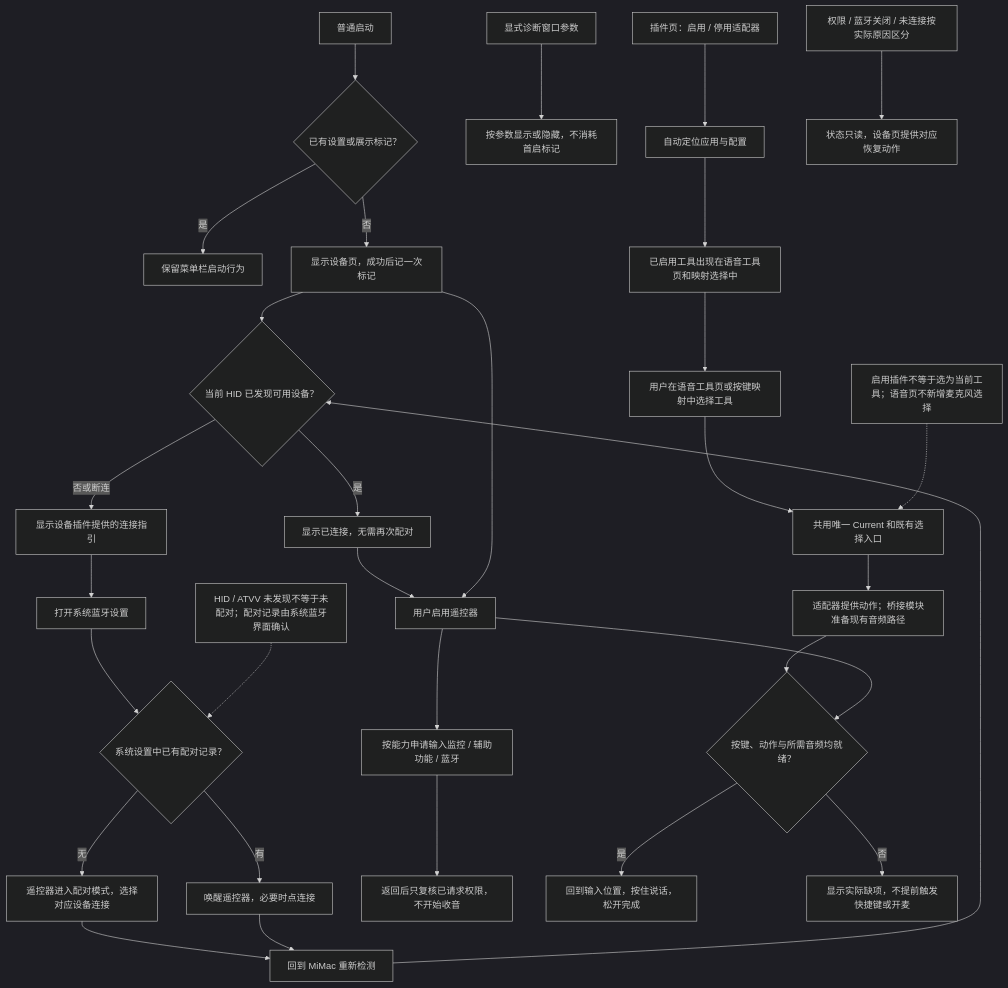
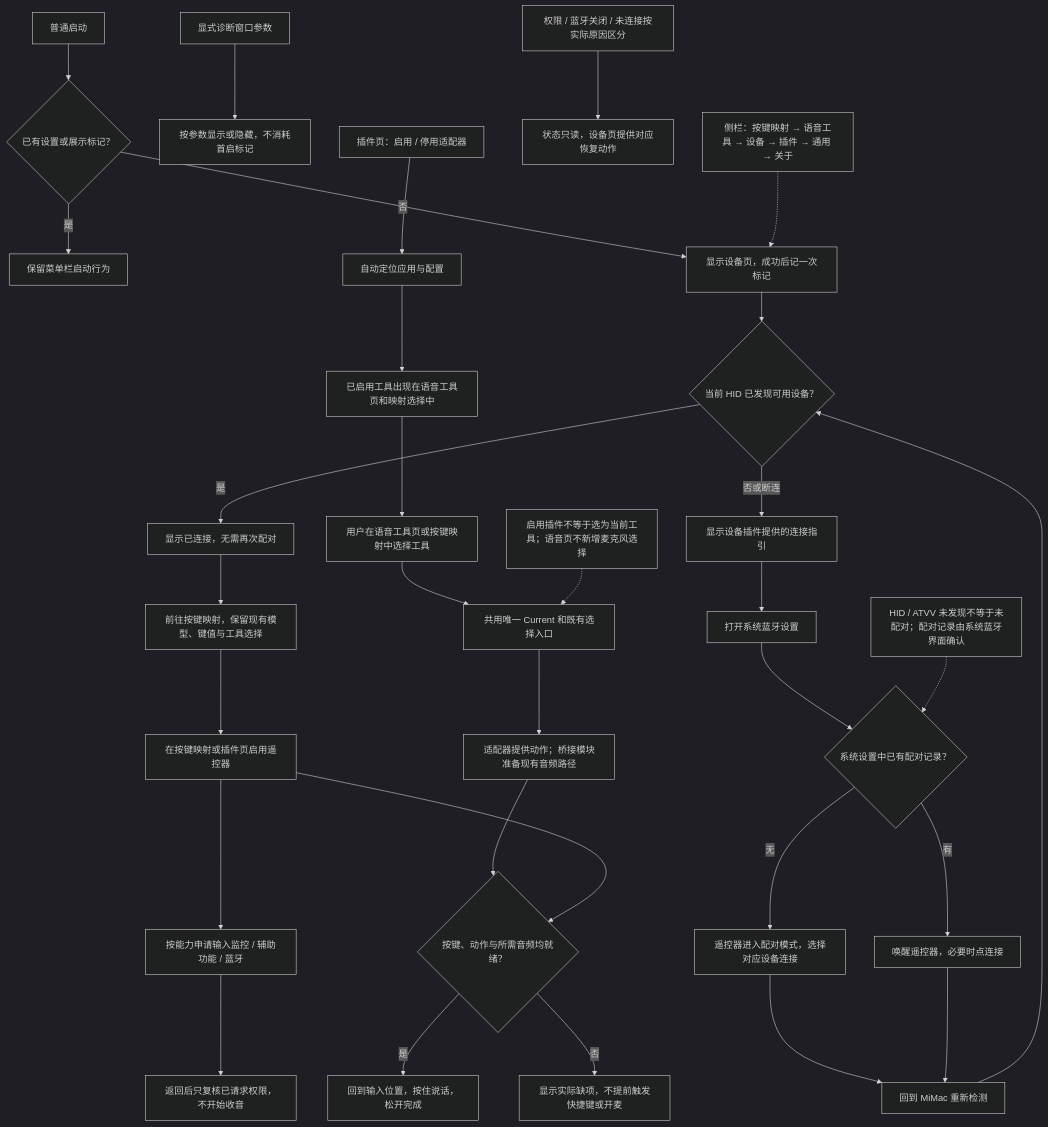
The diagram in tools/workbench/diagrams/first-use-setup.mmd (daftAI2026/MiMac), drawn with Mermaid (dark theme) before and after one commit. The commit also changed 11 other files, not shown here.

```diff
--- a/tools/workbench/diagrams/first-use-setup.mmd
+++ b/tools/workbench/diagrams/first-use-setup.mmd
@@ -1,31 +1,33 @@
 flowchart TD
     launch["普通启动"] --> known{"已有设置或展示标记？"}
     known -->|是| tray["保留菜单栏启动行为"]
     known -->|否| device["显示设备页，成功后记一次标记"]
     explicit["显式诊断窗口参数"] --> override["按参数显示或隐藏，不消耗首启标记"]
     device --> detected{"当前 HID 已发现可用设备？"}
     detected -->|是| connected["显示已连接，无需再次配对"]
-    connected --> enable
+    connected --> mappings["前往按键映射，保留现有模型、键值与工具选择"]
+    mappings --> enable
     detected -->|否或断连| help["显示设备插件提供的连接指引"]
     help --> pair["打开系统蓝牙设置"]
     pair --> saved{"系统设置中已有配对记录？"}
     saved -->|无| pairing["遥控器进入配对模式，选择对应设备连接"]
     saved -->|有| reconnect["唤醒遥控器，必要时点连接"]
     pairing --> recheck["回到 MiMac 重新检测"]
     reconnect --> recheck
     recheck --> detected
     evidence["HID / ATVV 未发现不等于未配对；配对记录由系统蓝牙界面确认"] -.-> saved
-    device --> enable["用户启用遥控器"]
+    enable["在按键映射或插件页启用遥控器"]
     enable --> grants["按能力申请输入监控 / 辅助功能 / 蓝牙"]
     grants --> returnApp["返回后只复核已请求权限，不开始收音"]
     plugins["插件页：启用 / 停用适配器"] --> discovery["自动定位应用与配置"]
     discovery --> available["已启用工具出现在语音工具页和映射选择中"]
     available --> choose["用户在语音工具页或按键映射中选择工具"]
     choose --> current["共用唯一 Current 和既有选择入口"]
     current --> resolve["适配器提供动作；桥接模块准备现有音频路径"]
     resolve --> ready{"按键、动作与所需音频均就绪？"}
     enable --> ready
     ready -->|是| action["回到输入位置，按住说话，松开完成"]
     ready -->|否| status["显示实际缺项，不提前触发快捷键或开麦"]
     separate["启用插件不等于选为当前工具；语音页不新增麦克风选择"] -.-> current
     failures["权限 / 蓝牙关闭 / 未连接按实际原因区分"] --> next["状态只读，设备页提供对应恢复动作"]
+    navigation["侧栏：按键映射 → 语音工具 → 设备 → 插件 → 通用 → 关于"] -.-> device
```
